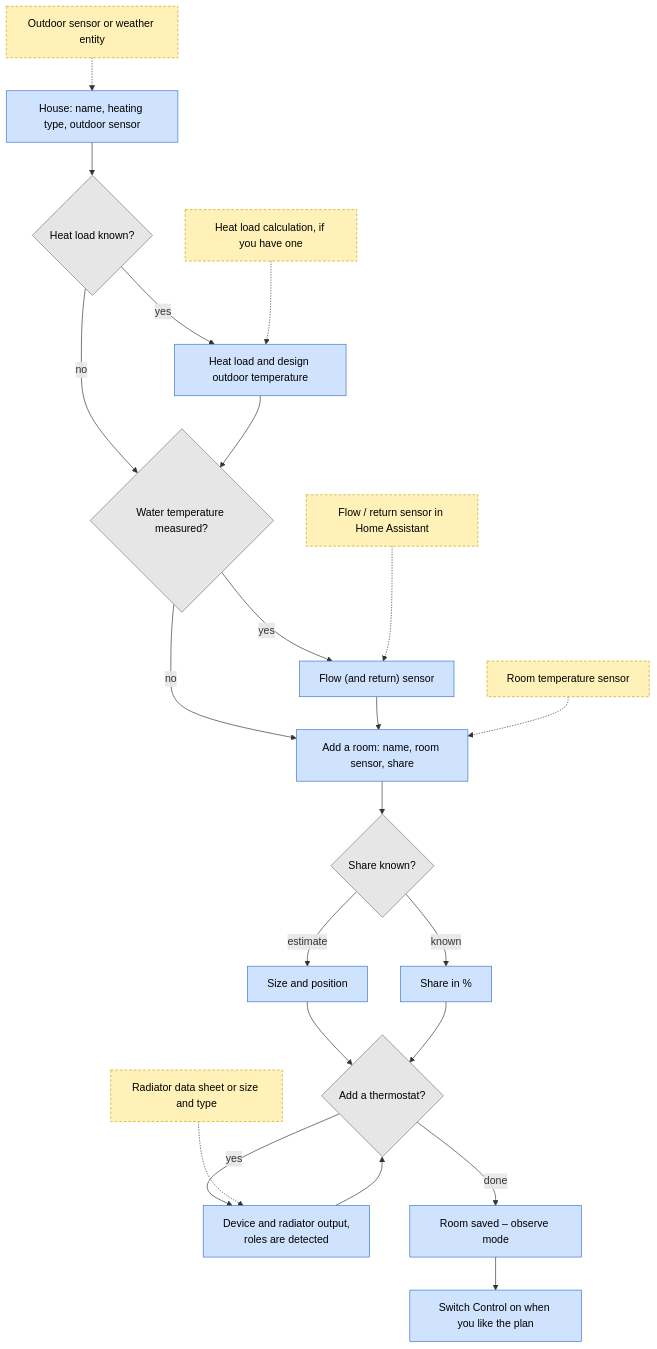
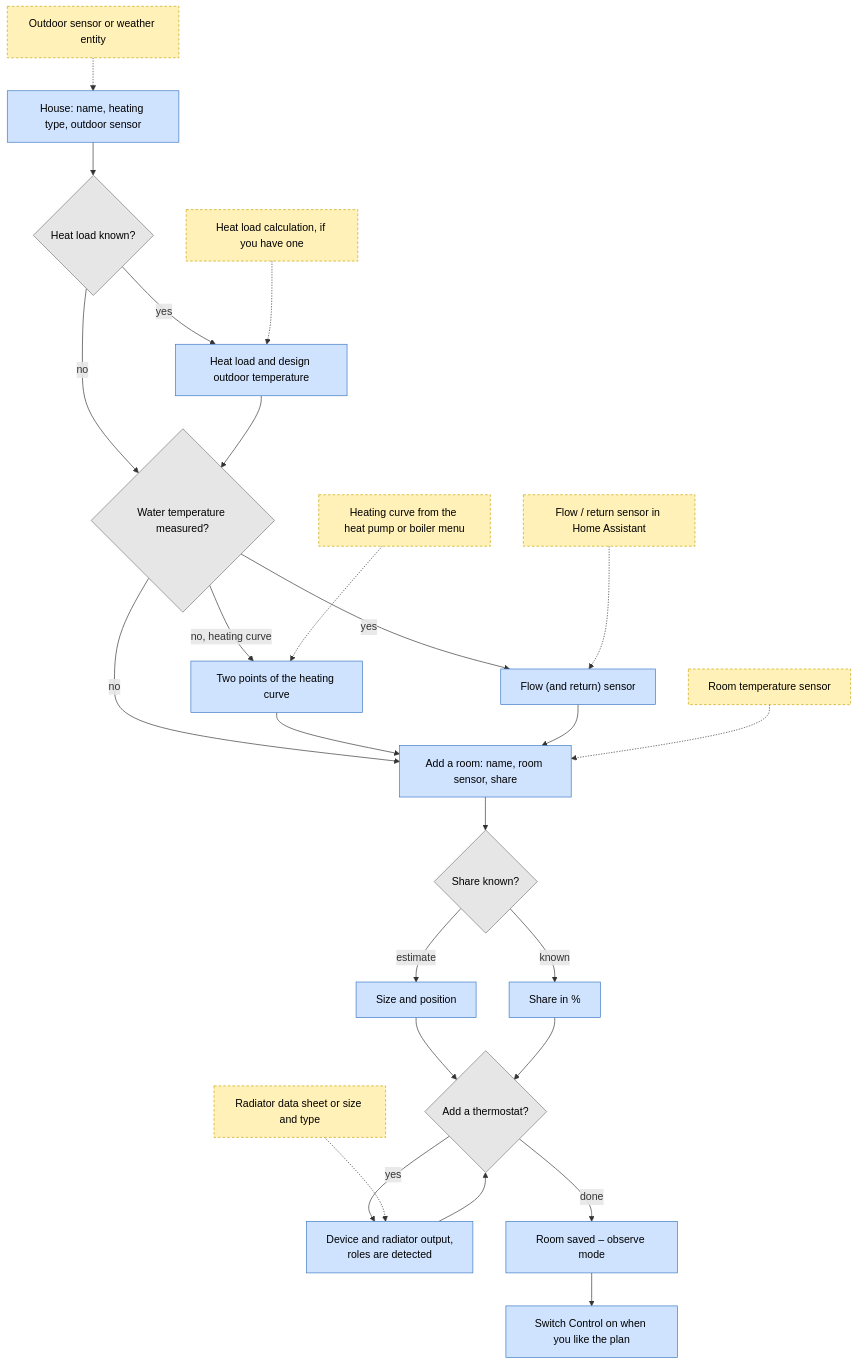
The diagram in docs/en/getting-started.md (mschmiedel/thermogeist), drawn with Mermaid before and after one commit. The commit also changed other lines of this file and 27 other files, not shown here.

First line of the commit message:
Heating curve as two points when there is no flow sensor (MDL-019)

````diff
--- a/docs/en/getting-started.md
+++ b/docs/en/getting-started.md
@@ -34,32 +34,35 @@
 ```mermaid
 flowchart TD
     A["House: name, heating type, outdoor sensor"] --> B{"Heat load known?"}
     B -- "yes" --> C["Heat load and design outdoor temperature"]
     B -- "no" --> D
     C --> D{"Water temperature measured?"}
     D -- "yes" --> E["Flow (and return) sensor"]
     D -- "no" --> F
+    D -- "no, heating curve" --> E2["Two points of the heating curve"]
+    E2 --> F
     E --> F["Add a room: name, room sensor, share"]
     F --> G{"Share known?"}
     G -- "estimate" --> H["Size and position"]
     G -- "known" --> I["Share in %"]
     H --> J{"Add a thermostat?"}
     I --> J
     J -- "yes" --> K["Device and radiator output,<br/>roles are detected"]
     K --> J
     J -- "done" --> L["Room saved – observe mode"]
     L --> M["Switch Control on when you like the plan"]
 
     P1["Outdoor sensor or weather entity"] -.-> A
     P2["Heat load calculation, if you have one"] -.-> C
     P3["Flow / return sensor in Home Assistant"] -.-> E
+    P6["Heating curve from the heat pump or boiler menu"] -.-> E2
     P4["Room temperature sensor"] -.-> F
     P5["Radiator data sheet or size and type"] -.-> K
 
     classDef step fill:#cfe3ff,stroke:#3b78c4,color:#000
     classDef ask fill:#e6e6e6,stroke:#777,color:#000
     classDef prep fill:#fff1b8,stroke:#c9a200,color:#000,stroke-dasharray: 4 3
-    class A,C,E,F,H,I,K,L,M step
+    class A,C,E,E2,F,H,I,K,L,M step
     class B,D,G,J ask
-    class P1,P2,P3,P4,P5 prep
+    class P1,P2,P3,P4,P5,P6 prep
 ```
````
